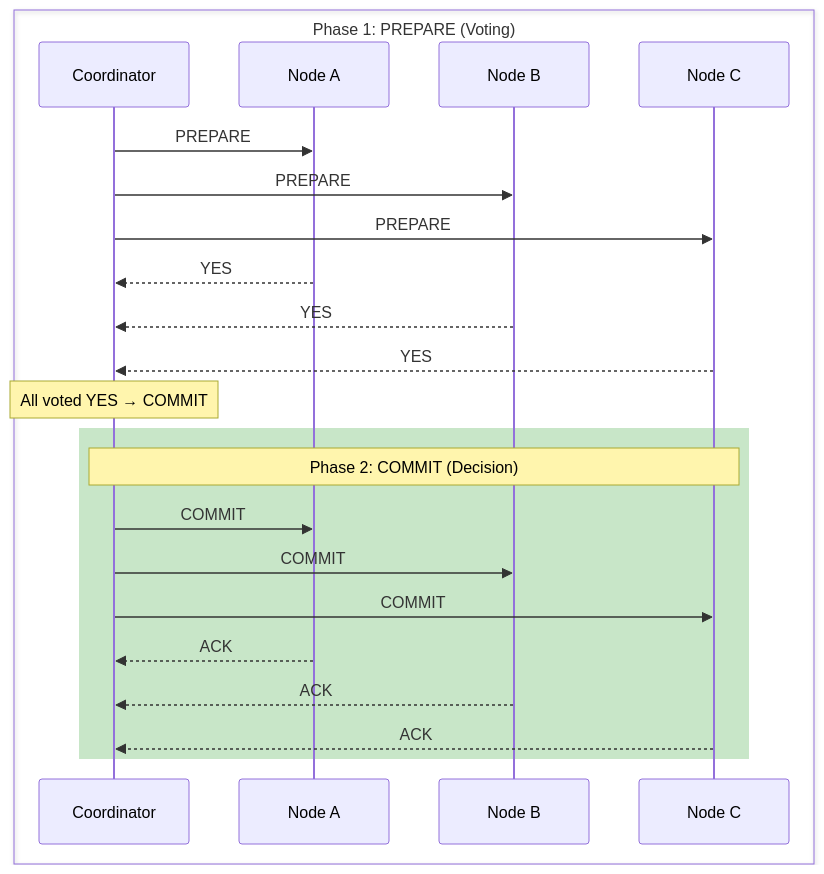
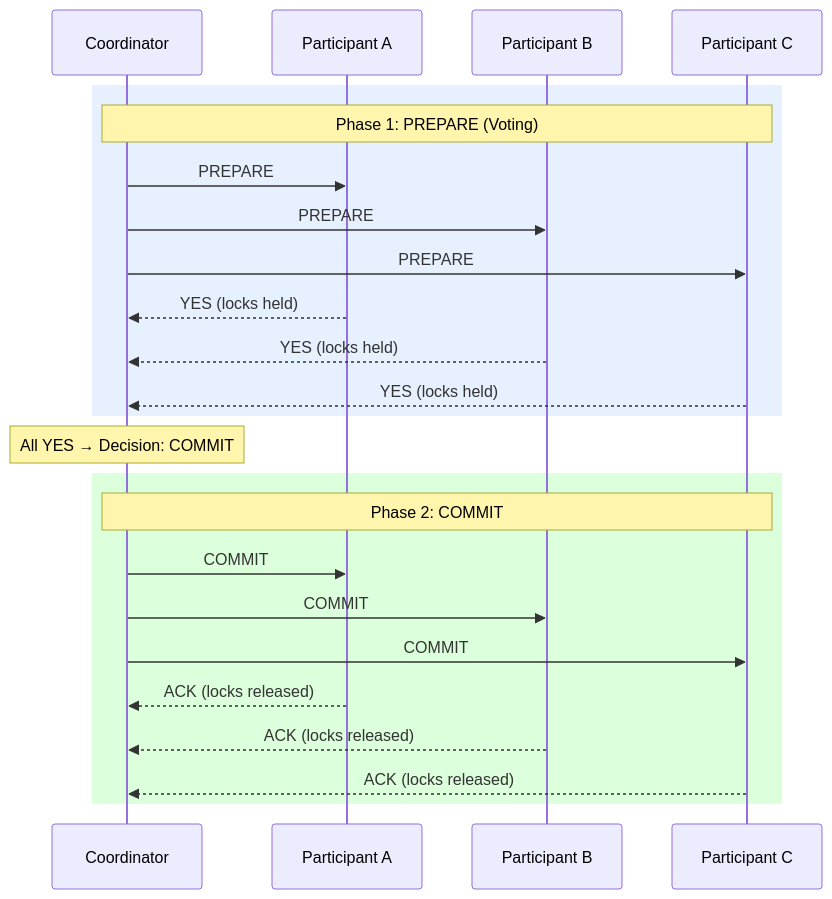
Before and after one commit to calmrocks/system-design-dive-deep: the second of 8 diagrams in SystemDesign/SystemDesign/Sessions/Distributed Transactions/Distributed Transactions.md, drawn with Mermaid. The commit also changed other lines of this file, not shown here.

````diff
--- a/SystemDesign/SystemDesign/Sessions/Distributed Transactions/Distributed Transactions.md
+++ b/SystemDesign/SystemDesign/Sessions/Distributed Transactions/Distributed Transactions.md
@@ -69,28 +78,29 @@
-```mermaid
+~~~mermaid
 sequenceDiagram
-    box Phase 1: PREPARE (Voting)
-    participant C as Coordinator
-    participant A as Node A
-    participant B as Node B
-    participant D as Node C
+    participant CO as Coordinator
+    participant A as Participant A
+    participant B as Participant B
+    participant C as Participant C
+    
+    rect rgb(230, 240, 255)
+    Note over CO,C: Phase 1: PREPARE (Voting)
+    CO->>A: PREPARE
+    CO->>B: PREPARE
+    CO->>C: PREPARE
+    A-->>CO: YES (locks held)
+    B-->>CO: YES (locks held)
+    C-->>CO: YES (locks held)
     end
     
-    C->>A: PREPARE
-    C->>B: PREPARE
-    C->>D: PREPARE
-    A-->>C: YES
-    B-->>C: YES
-    D-->>C: YES
+    Note over CO: All YES → Decision: COMMIT
     
-    Note over C: All voted YES → COMMIT
-    
-    rect rgb(200, 230, 200)
-    Note over C,D: Phase 2: COMMIT (Decision)
-    C->>A: COMMIT
-    C->>B: COMMIT
-    C->>D: COMMIT
-    A-->>C: ACK
-    B-->>C: ACK
-    D-->>C: ACK
+    rect rgb(220, 255, 220)
+    Note over CO,C: Phase 2: COMMIT
+    CO->>A: COMMIT
+    CO->>B: COMMIT
+    CO->>C: COMMIT
+    A-->>CO: ACK (locks released)
+    B-->>CO: ACK (locks released)
+    C-->>CO: ACK (locks released)
     end
-```
+~~~
````
